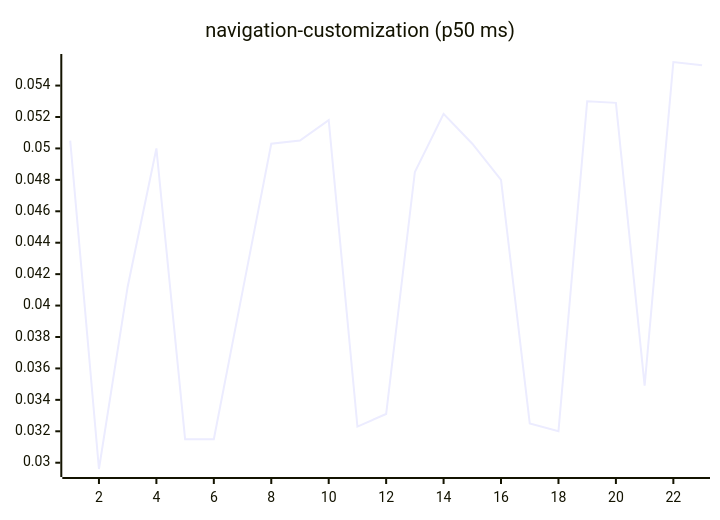
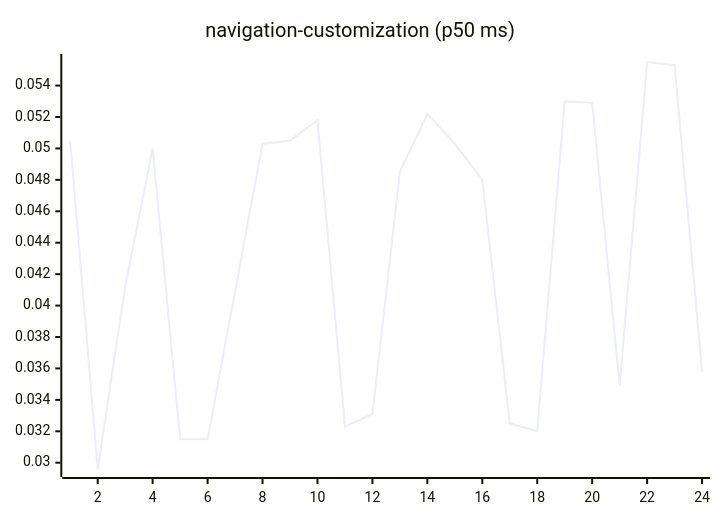
Before and after one commit to josha/Facet: diagram 15 of 27 in README.md, drawn with Mermaid. The commit also changed other lines of this file and 2 other files, not shown here.

````diff
--- a/README.md
+++ b/README.md
@@ -161,6 +161,6 @@
 ```mermaid
 xychart-beta
     title "navigation-customization (p50 ms)"
-    x-axis 1 --> 23
-    line [0.0505, 0.0296, 0.0412, 0.0500, 0.0315, 0.0315, 0.0409, 0.0503, 0.0505, 0.0518, 0.0323, 0.0331, 0.0485, 0.0522, 0.0503, 0.0480, 0.0325, 0.0320, 0.0530, 0.0529, 0.0349, 0.0555, 0.0553]
+    x-axis 1 --> 24
+    line [0.0505, 0.0296, 0.0412, 0.0500, 0.0315, 0.0315, 0.0409, 0.0503, 0.0505, 0.0518, 0.0323, 0.0331, 0.0485, 0.0522, 0.0503, 0.0480, 0.0325, 0.0320, 0.0530, 0.0529, 0.0349, 0.0555, 0.0553, 0.0358]
 ```
````
